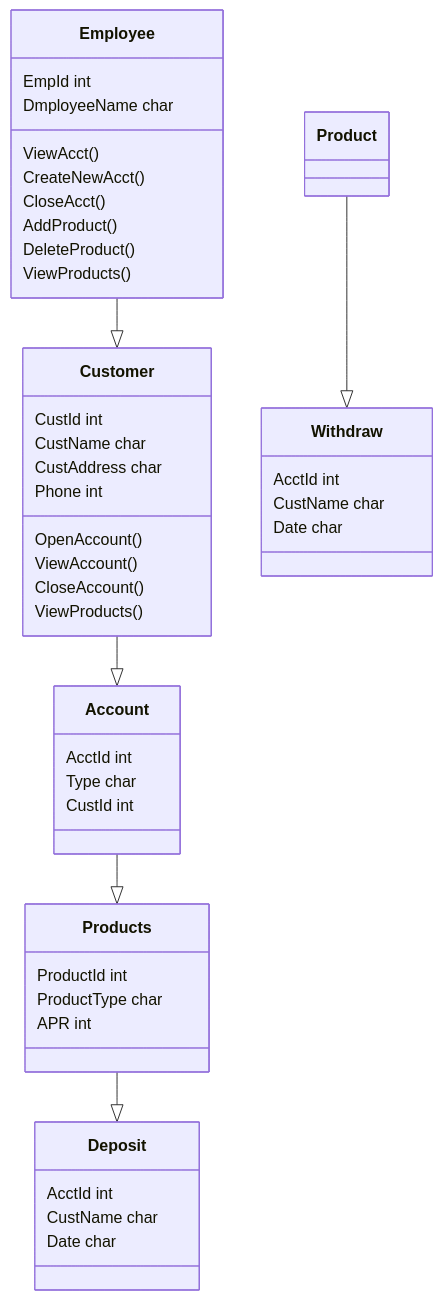
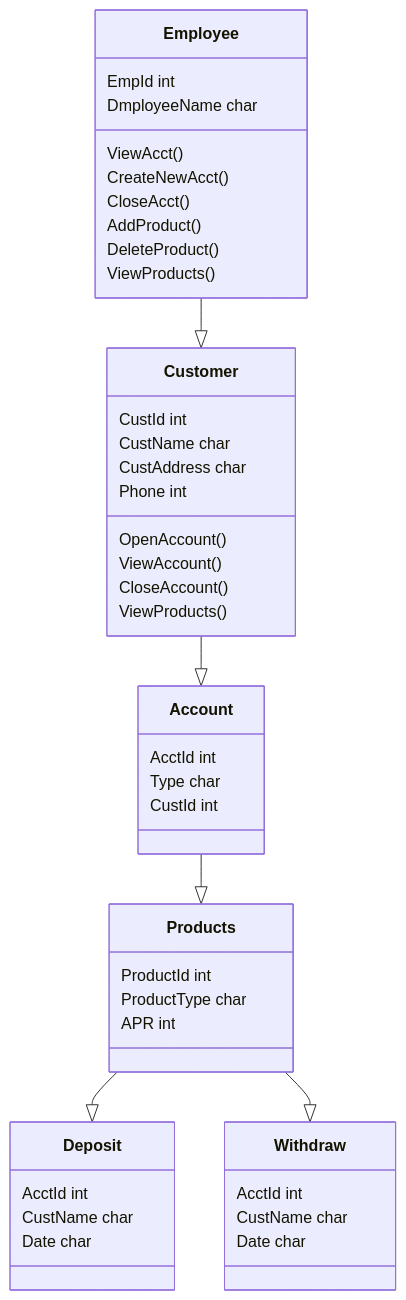
The diagram in mermaid.md (Marcus-Snell/Test), drawn with Mermaid before and after one commit.

````diff
--- a/mermaid.md
+++ b/mermaid.md
@@ -1,43 +1,43 @@
 ```mermaid
 classDiagram
 Employee --|> Customer
 Employee : EmpId int
 Employee : DmployeeName char
 Employee : ViewAcct()
 Employee : CreateNewAcct()
 Employee : CloseAcct()
 Employee : AddProduct()
 Employee : DeleteProduct()
 Employee : ViewProducts()
 
 Customer --|> Account
 Customer : CustId int
 Customer : CustName char
 Customer : CustAddress char
 Customer : Phone int
 Customer : OpenAccount()
 Customer : ViewAccount()
 Customer : CloseAccount()
 Customer : ViewProducts()
 
 Account --|> Products
 Account : AcctId int
 Account : Type char
 Account : CustId int
 
 Deposit
 Deposit : AcctId int
 Deposit : CustName char
 Deposit : Date char
 
 Withdraw
 Withdraw : AcctId int
 Withdraw : CustName char
 Withdraw : Date char
 
 Products --|> Deposit
-Product --|> Withdraw
+Products --|> Withdraw
 Products : ProductId int
 Products : ProductType char
 Products : APR int
 ```
````
